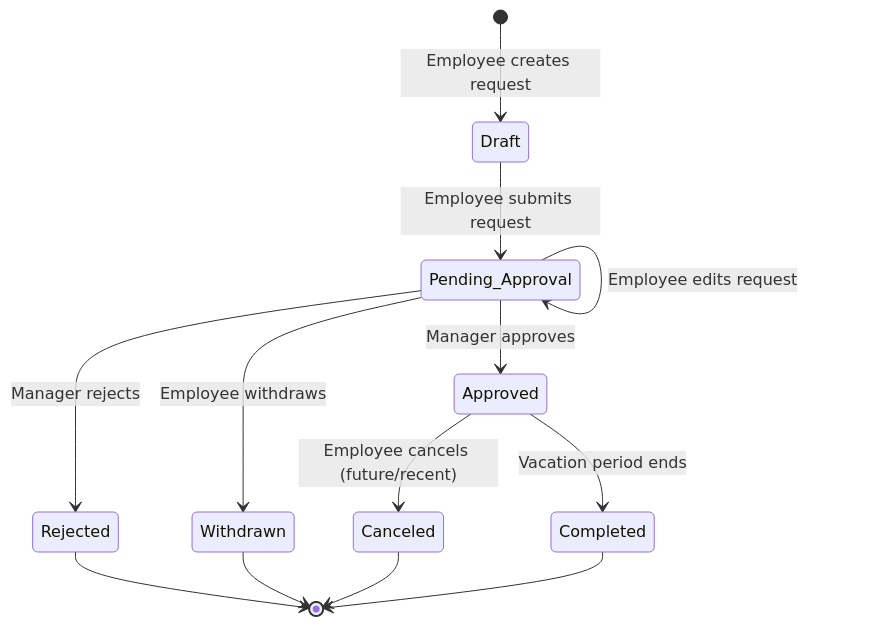
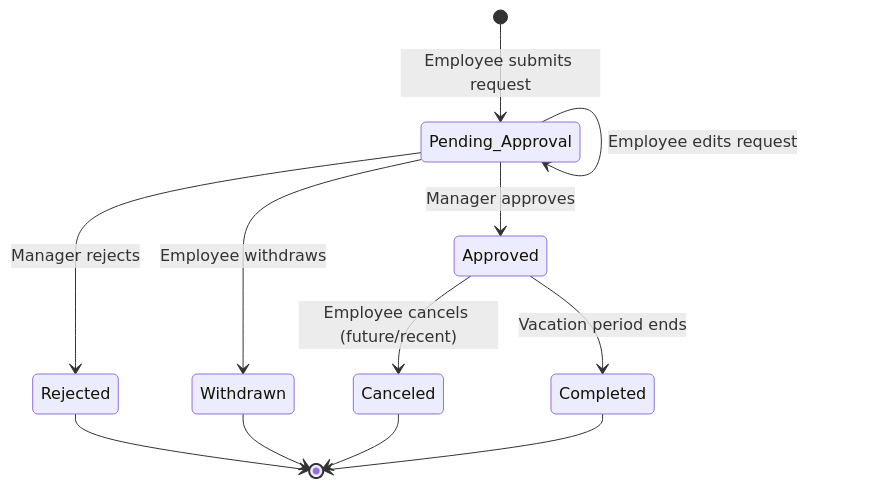
Before and after one commit to Swilam20/Vacation-Tracking-System-VTS-: diagram 12 of 12 in README.md, drawn with Mermaid.

Commit message:
Refactor state machine diagram in README
Updated state machine diagram to remove redundant state.

````diff
--- a/README.md
+++ b/README.md
@@ -556,19 +556,18 @@
 ```mermaid
 stateDiagram-v2
-    [*] --> Draft : Employee creates request
-    Draft --> Pending_Approval : Employee submits request
+    [*] --> Pending_Approval : Employee submits request
 
     Pending_Approval --> Approved : Manager approves
     Pending_Approval --> Rejected : Manager rejects
     Pending_Approval --> Withdrawn : Employee withdraws
     Pending_Approval --> Pending_Approval : Employee edits request
 
     Approved --> Canceled : Employee cancels (future/recent)
     Approved --> Completed : Vacation period ends
 
     Rejected --> [*]
     Withdrawn --> [*]
     Canceled --> [*]
     Completed --> [*]
 
 ```
````
